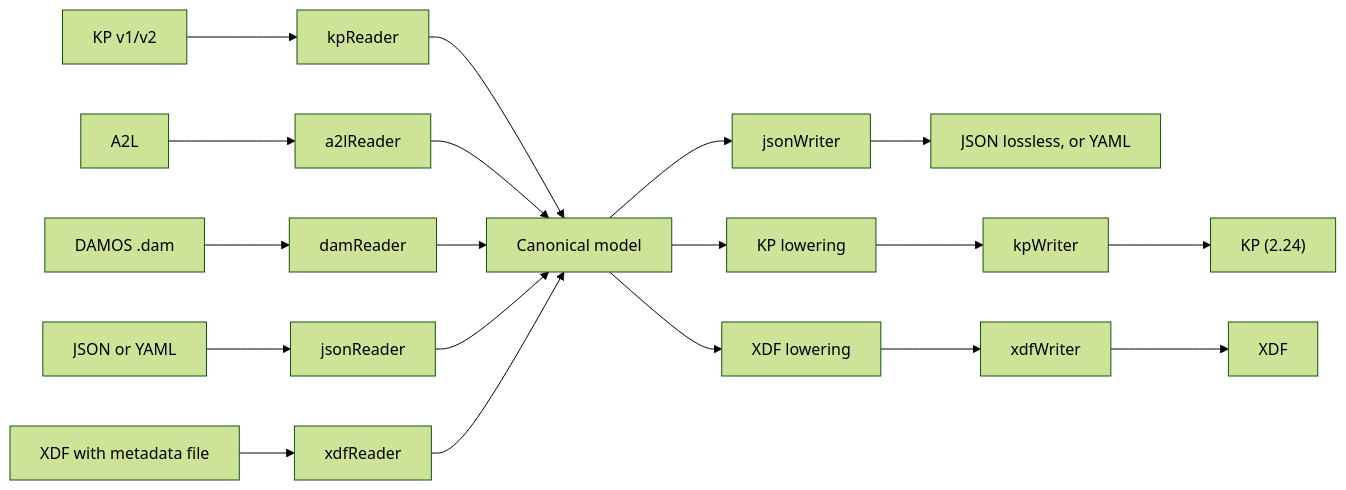
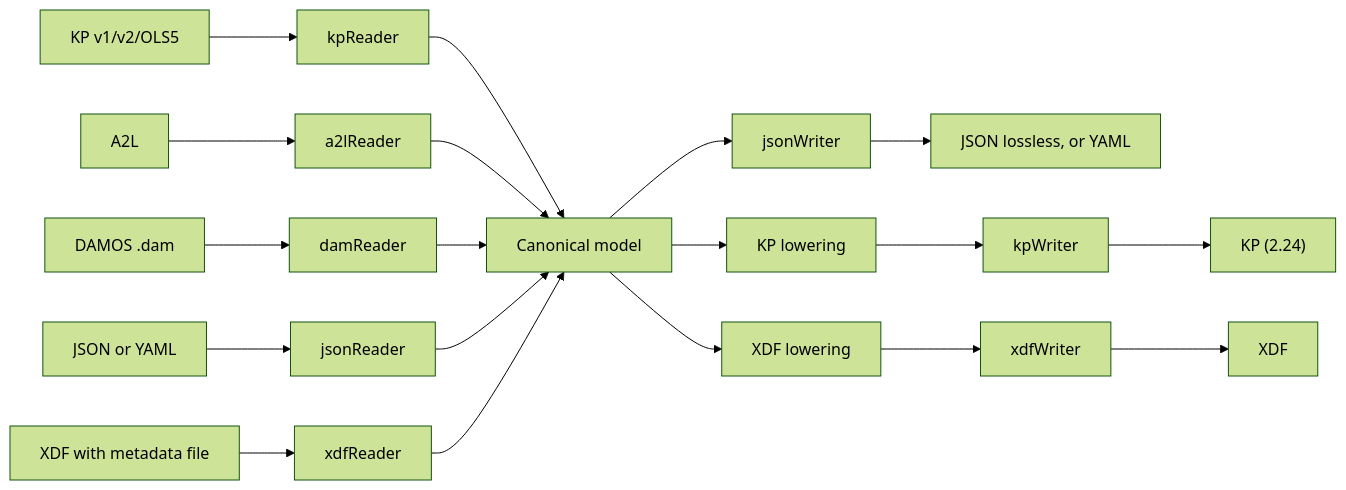
The diagram in docs/design.md (nyetlabs/xdfkit), drawn with Mermaid (forest theme) before and after one commit. The commit also changed other lines of this file and 11 other files, not shown here.

````diff
--- a/docs/design.md
+++ b/docs/design.md
@@ -67,17 +67,17 @@
 ```mermaid
 flowchart LR
-    kpIn["KP v1/v2"] --> kpReader
+    kpIn["KP v1/v2/OLS5"] --> kpReader
     a2lIn[A2L] --> a2lReader
     damIn["DAMOS .dam"] --> damReader
     jsonIn["JSON or YAML"] --> jsonReader
     xdfIn["XDF with metadata file"] --> xdfReader
     kpReader --> model
     a2lReader --> model
     damReader --> model
     jsonReader --> model
     xdfReader --> model
     model["Canonical model"] --> jsonWriter
     jsonWriter --> jsonOut["JSON lossless, or YAML"]
     model --> lowerKp["KP lowering"] --> kpWriter --> kpOut["KP (2.24)"]
     model --> lowerXdf["XDF lowering"] --> xdfWriter --> xdfOut[XDF]
 ```
````
